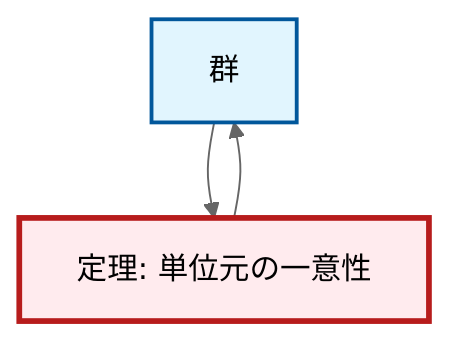
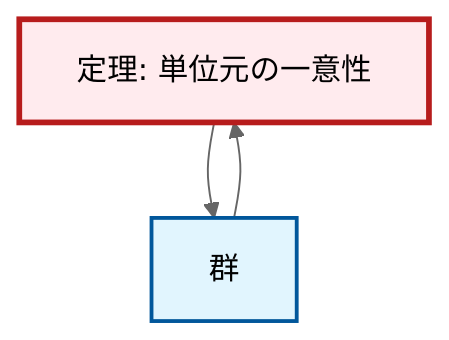
The diagram in content/ja/algebra/thm-unique-identity.qmd (RK0429/ModernMath), drawn with Mermaid (neutral theme) before and after one commit. The commit also changed other lines of this file and 1012 other files, not shown here.

````diff
--- a/content/ja/algebra/thm-unique-identity.qmd
+++ b/content/ja/algebra/thm-unique-identity.qmd
@@ -55,15 +55,15 @@
 ```{mermaid}
 %%| fig-cap: "Local dependency graph"
 graph TD
     classDef definition fill:#e1f5fe,stroke:#01579b,stroke-width:2px
     classDef theorem fill:#f3e5f5,stroke:#4a148c,stroke-width:2px
     classDef axiom fill:#fff3e0,stroke:#e65100,stroke-width:2px
     classDef example fill:#e8f5e9,stroke:#1b5e20,stroke-width:2px
     classDef current fill:#ffebee,stroke:#b71c1c,stroke-width:3px
+    thm-unique-identity["定理: 単位元の一意性"]:::theorem
     def-group["群"]:::definition
-    thm-unique-identity["定理: 単位元の一意性"]:::theorem
+    thm-unique-identity --> def-group
     def-group --> thm-unique-identity
-    thm-unique-identity --> def-group
     class thm-unique-identity current
     click def-group "def-group.html" "群へ"
 ```
````
